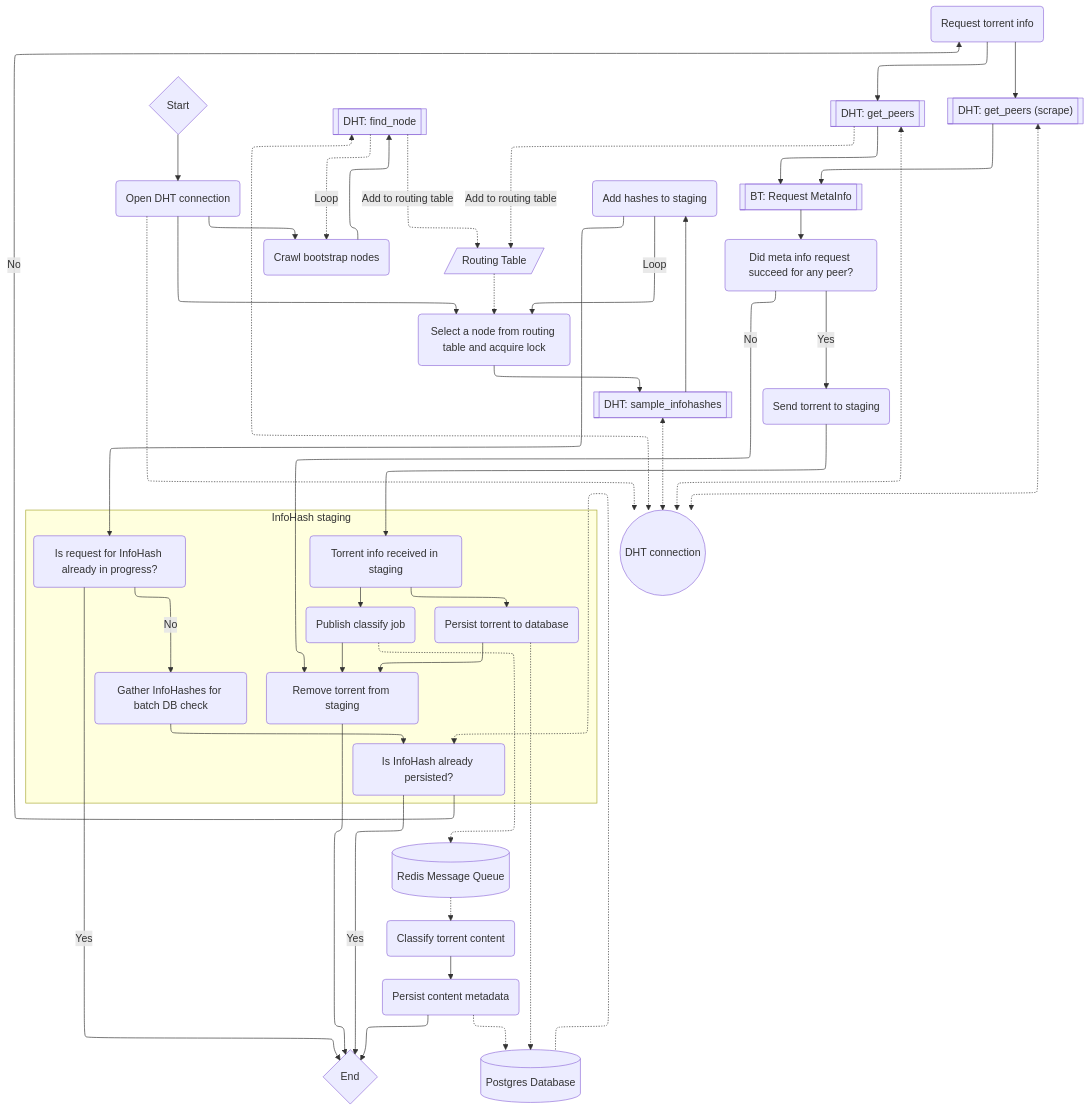
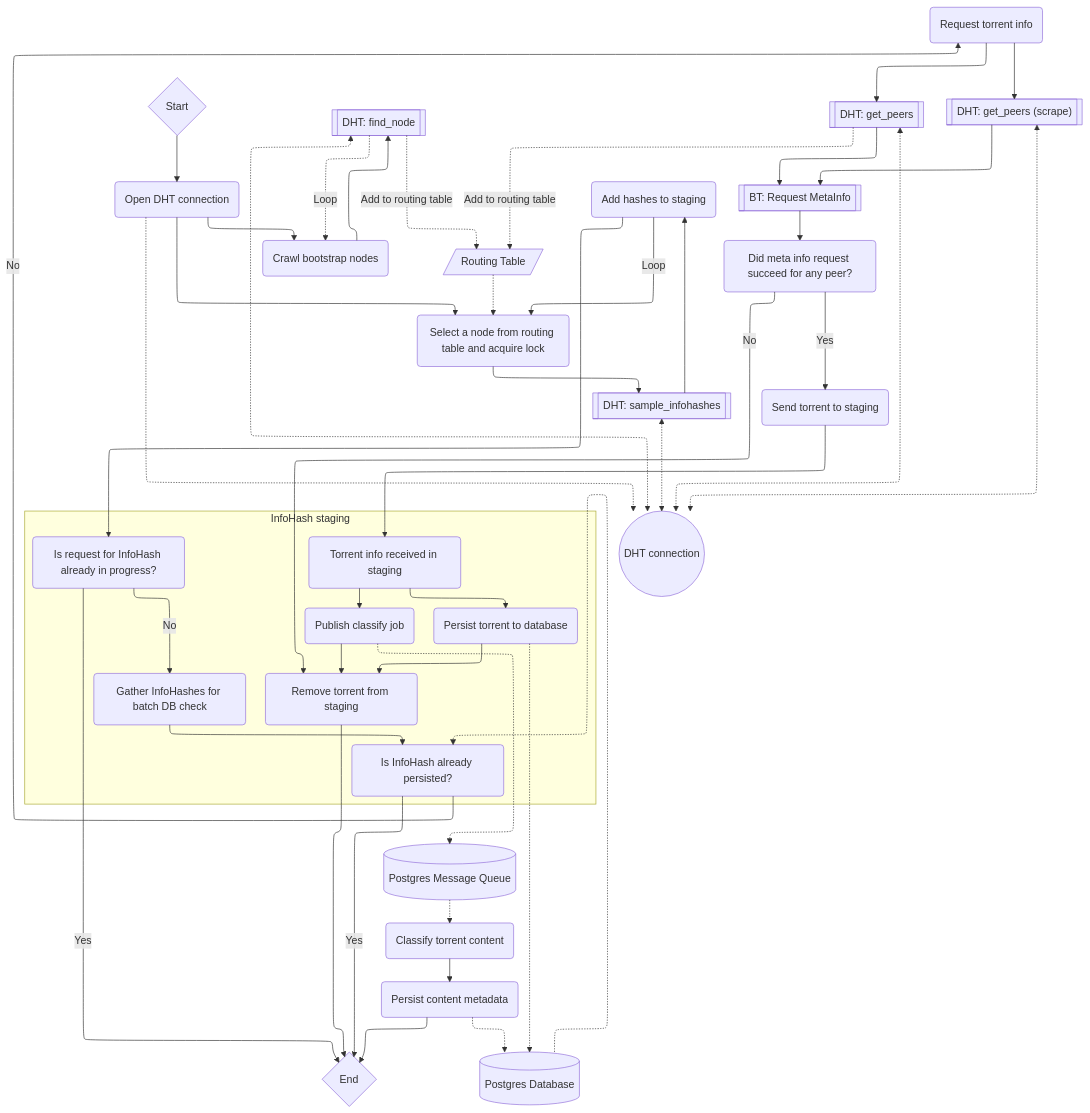
One commit to bitmagnet-io/bitmagnet changed the diagram in bitmagnet.io/internals-development/dht-crawler.md. Above: the diagram before and after it, drawn with Mermaid. The commit also changed 8 other files, not shown here.

````diff
--- a/bitmagnet.io/internals-development/dht-crawler.md
+++ b/bitmagnet.io/internals-development/dht-crawler.md
@@ -28,65 +28,65 @@
 ```mermaid
 %%{init: {"flowchart": {"defaultRenderer": "elk"}} }%%
 flowchart TB
     START{Start}
     START -->STEP_OPEN_DHT_CONNECTION
     STEP_OPEN_DHT_CONNECTION(Open DHT connection)
     STEP_OPEN_DHT_CONNECTION -.->DHT
     STEP_OPEN_DHT_CONNECTION -->STEP_crawl(Crawl bootstrap nodes)
     STEP_crawl(Crawl bootstrap nodes) --> DHT_find_node[[DHT: find_node]]
     DHT_find_node -.->|Add to routing table| ROUTING_TABLE
     DHT_find_node -.->|Loop| STEP_crawl
     ROUTING_TABLE[/Routing Table/]
     STEP_select_node(Select a node from routing table and acquire lock)
     ROUTING_TABLE -.->STEP_select_node
     STEP_select_node -->DHT_sample_infohashes[[DHT: sample_infohashes]]
     DHT_sample_infohashes -->STEP_add_to_staging(Add hashes to staging)
     STEP_OPEN_DHT_CONNECTION --> STEP_select_node
     STEP_add_to_staging -->STEP_check_in_progress
     STEP_add_to_staging -->|Loop| STEP_select_node
     subgraph InfoHash staging
         STEP_check_in_progress(Is request for InfoHash already in progress?)
         STEP_check_in_progress -->|No| STEP_gather_infohashes
         STEP_gather_infohashes(Gather InfoHashes for batch DB check)
         STEP_gather_infohashes -->STEP_check_persisted_infohashes
         STEP_check_persisted_infohashes(Is InfoHash already persisted?)
         STEP_torrent_received(Torrent info received in staging)
         STEP_torrent_received -->STEP_persist_torrent
         STEP_torrent_received -->STEP_publish_classify_job
         STEP_persist_torrent(Persist torrent to database)
         STEP_publish_classify_job(Publish classify job)
         STEP_remove_torrent_from_staging("Remove torrent from staging")
         STEP_persist_torrent -->STEP_remove_torrent_from_staging
         STEP_publish_classify_job -->STEP_remove_torrent_from_staging
     end
     STEP_torrent_to_staging(Send torrent to staging)
     STEP_torrent_to_staging -->STEP_torrent_received
     STEP_remove_torrent_from_staging -->END
     STEP_persist_torrent -.->POSTGRES
     STEP_check_in_progress -->|Yes| END
     STEP_check_persisted_infohashes -->|Yes| END
     POSTGRES -.->STEP_check_persisted_infohashes
     STEP_check_persisted_infohashes -->|No| STEP_request_torrent_info(Request torrent info)
     STEP_request_torrent_info -->DHT_get_peers[[DHT: get_peers]]
     DHT_get_peers -->BT_request_meta_info[[BT: Request MetaInfo]]
     DHT_get_peers -.->|Add to routing table| ROUTING_TABLE
     STEP_request_torrent_info -->DHT_get_peers_scrape[["DHT: get_peers (scrape)"]]
     DHT_get_peers_scrape -->BT_request_meta_info[[BT: Request MetaInfo]]
     BT_request_meta_info -->STEP_meta_info_success(Did meta info request succeed for any peer?)
     STEP_meta_info_success -->|No| STEP_remove_torrent_from_staging
     STEP_meta_info_success -->|Yes| STEP_torrent_to_staging
     POSTGRES[(Postgres Database)]
-    MESSAGE_QUEUE[(Redis Message Queue)]
+    MESSAGE_QUEUE[(Postgres Message Queue)]
     STEP_publish_classify_job -.->MESSAGE_QUEUE
     MESSAGE_QUEUE -.->STEP_classify_torrent(Classify torrent content)
     STEP_persist_torrent_content(Persist content metadata)
     STEP_classify_torrent -->STEP_persist_torrent_content
     STEP_persist_torrent_content -.->POSTGRES
     STEP_persist_torrent_content -->END
     DHT((DHT connection))
     DHT_find_node <-.->DHT
     DHT_sample_infohashes <-.->DHT
     DHT_get_peers <-.->DHT
     DHT_get_peers_scrape <-.->DHT
     END{End}
 ```
````
